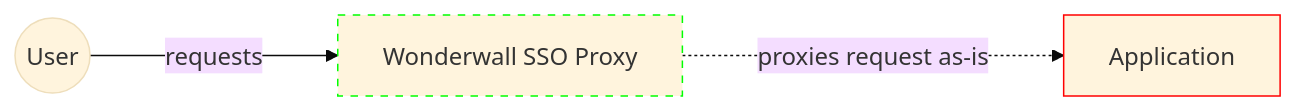
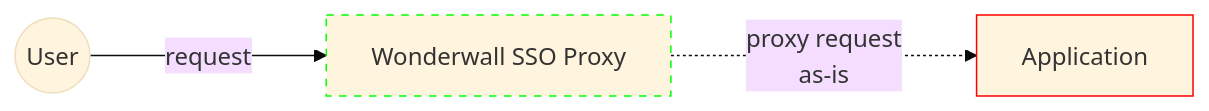
The sixth of 9 diagrams in docs/architecture.md (nais/wonderwall), drawn with Mermaid (base theme) before and after one commit. The commit also changed other lines of this file, not shown here.

Commit message:
docs: clean up mermaid diagram descriptions [ci skip]

````diff
--- a/docs/architecture.md
+++ b/docs/architecture.md
@@ -140,8 +140,8 @@
 ```mermaid
 graph LR
   style Wonderwall stroke:#0f0,stroke-dasharray: 5
   style Application stroke:#f00
 
-  U((User)) -- "requests" ---> Wonderwall
-  Wonderwall[Wonderwall SSO Proxy] -. "proxies request as-is" -..-> Application
+  U((User)) -- "request" ---> Wonderwall
+  Wonderwall[Wonderwall SSO Proxy] -. "proxy request\n as-is" -..-> Application
 ```
````
